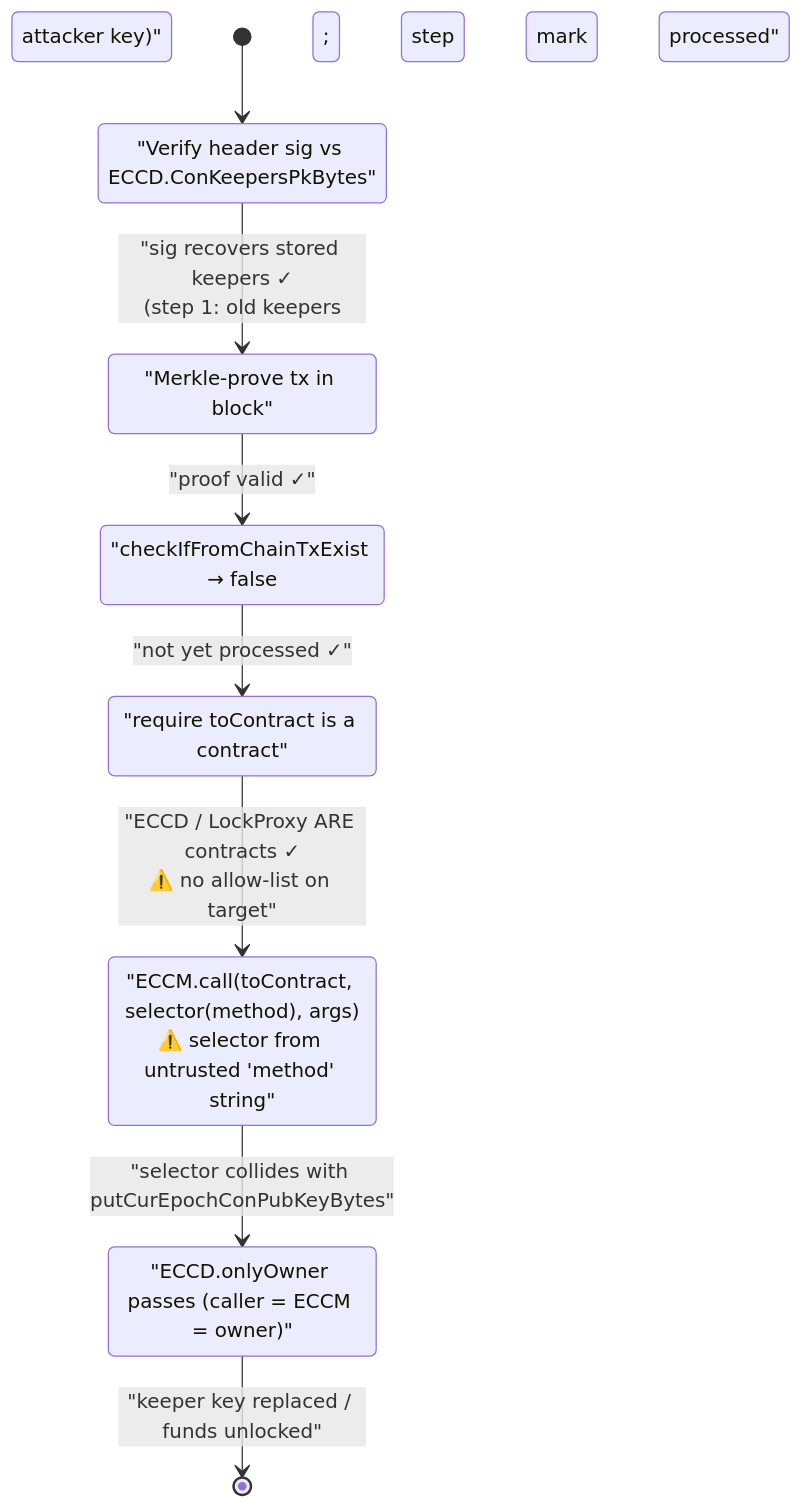
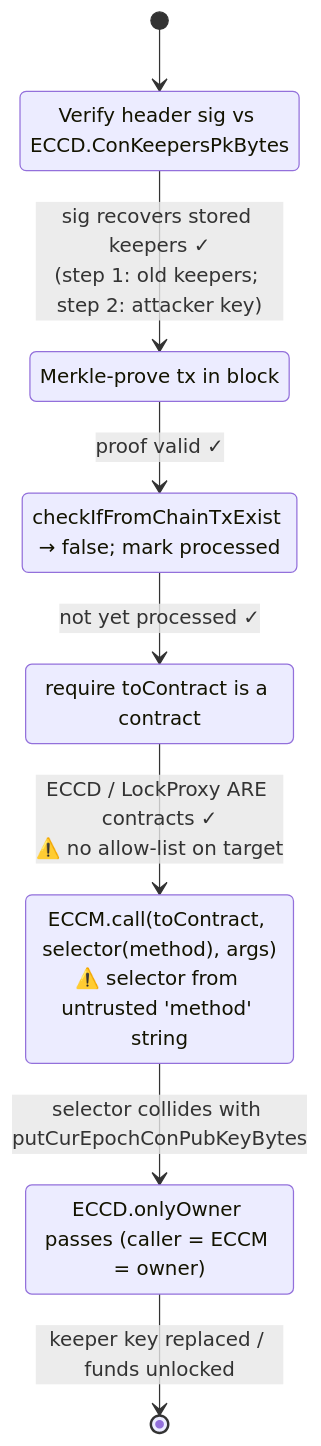
The third of 3 diagrams in 2021-08-PolyNetwork_exp/PolyNetwork_exp.md (sanbir/evm-hack-registry), drawn with Mermaid before and after one commit. The commit also changed 280 other files, not shown here.

Commit message:
mermaid fixes

````diff
--- a/2021-08-PolyNetwork_exp/PolyNetwork_exp.md
+++ b/2021-08-PolyNetwork_exp/PolyNetwork_exp.md
@@ -323,16 +323,16 @@
 ```mermaid
 stateDiagram-v2
     [*] --> VerifyHeader
-    VerifyHeader: "Verify header sig vs ECCD.ConKeepersPkBytes"
-    VerifyHeader --> MerkleProve: "sig recovers stored keepers ✓<br/>(step 1: old keepers; step 2: attacker key)"
-    MerkleProve: "Merkle-prove tx in block"
-    MerkleProve --> Replay: "proof valid ✓"
-    Replay: "checkIfFromChainTxExist → false; mark processed"
-    Replay --> IsContract: "not yet processed ✓"
-    IsContract: "require toContract is a contract"
-    IsContract --> Dispatch: "ECCD / LockProxy ARE contracts ✓<br/>⚠️ no allow-list on target"
-    Dispatch: "ECCM.call(toContract, selector(method), args)<br/>⚠️ selector from untrusted 'method' string"
-    Dispatch --> Hijack: "selector collides with putCurEpochConPubKeyBytes"
-    Hijack: "ECCD.onlyOwner passes (caller = ECCM = owner)"
-    Hijack --> [*]: "keeper key replaced / funds unlocked"
+    VerifyHeader: Verify header sig vs ECCD.ConKeepersPkBytes
+    VerifyHeader --> MerkleProve: sig recovers stored keepers ✓<br/>(step 1#58; old keepers#59; step 2#58; attacker key)
+    MerkleProve: Merkle-prove tx in block
+    MerkleProve --> Replay: proof valid ✓
+    Replay: checkIfFromChainTxExist → false#59; mark processed
+    Replay --> IsContract: not yet processed ✓
+    IsContract: require toContract is a contract
+    IsContract --> Dispatch: ECCD / LockProxy ARE contracts ✓<br/>⚠️ no allow-list on target
+    Dispatch: ECCM.call(toContract, selector(method), args)<br/>⚠️ selector from untrusted 'method' string
+    Dispatch --> Hijack: selector collides with putCurEpochConPubKeyBytes
+    Hijack: ECCD.onlyOwner passes (caller = ECCM = owner)
+    Hijack --> [*]: keeper key replaced / funds unlocked
 ```
````
